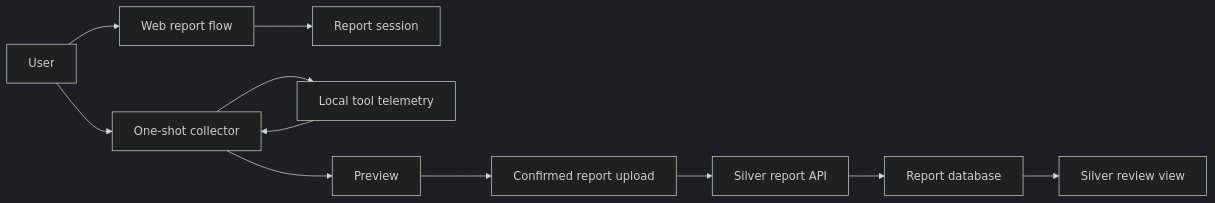
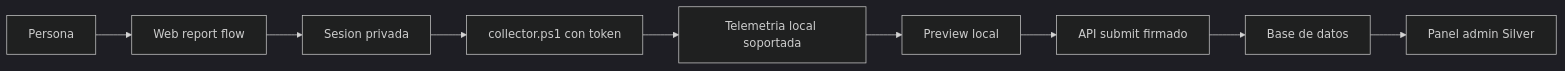
The diagram in docs/architecture.md (Zogar89/silver-usage-report), drawn with Mermaid (dark theme) before and after one commit. The commit also changed other lines of this file and 55 other files, not shown here.

Commit message:
Improve report session analytics UI

````diff
--- a/docs/architecture.md
+++ b/docs/architecture.md
@@ -29,13 +22,11 @@
 ```mermaid
 flowchart LR
-  User["User"] --> Web["Web report flow"]
-  Web --> Session["Report session"]
-  User --> Collector["One-shot collector"]
-  Collector --> Sources["Local tool telemetry"]
-  Sources --> Collector
-  Collector --> Preview["Preview"]
-  Preview --> Upload["Confirmed report upload"]
-  Upload --> API["Silver report API"]
-  API --> DB["Report database"]
-  DB --> Admin["Silver review view"]
+  User["Persona"] --> Web["Web report flow"]
+  Web --> Session["Sesion privada"]
+  Session --> Collector["collector.ps1 con token"]
+  Collector --> LocalTelemetry["Telemetria local soportada"]
+  LocalTelemetry --> LocalPreview["Preview local"]
+  LocalPreview --> SignedSubmit["API submit firmado"]
+  SignedSubmit --> Db["Base de datos"]
+  Db --> Admin["Panel admin Silver"]
 ```
````
